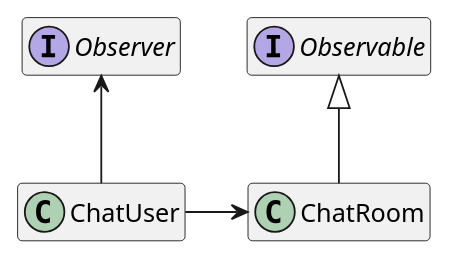
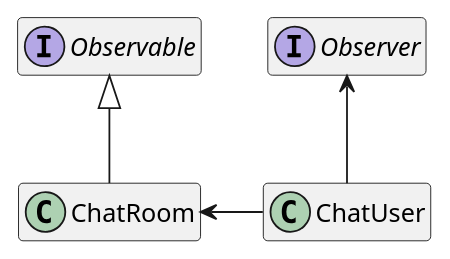
One commit to leonsant/javadesignpatterns changed the diagram in observer/diagram.puml. Above: the diagram before and after it, drawn with PlantUML. The commit also changed 1 other file, not shown here.

Commit message:
Changing the order of ChatUser and ChatRoom in diagram

```diff
--- a/observer/diagram.puml
+++ b/observer/diagram.puml
@@ -1,14 +1,14 @@
 @startuml
 
 hide empty members
 
 interface Observable
 interface Observer
 class ChatRoom
 class ChatUser
 
-ChatUser -> ChatRoom
+ChatRoom <- ChatUser
 Observer <-- ChatUser
 Observable <|-- ChatRoom
 
 @enduml
```
